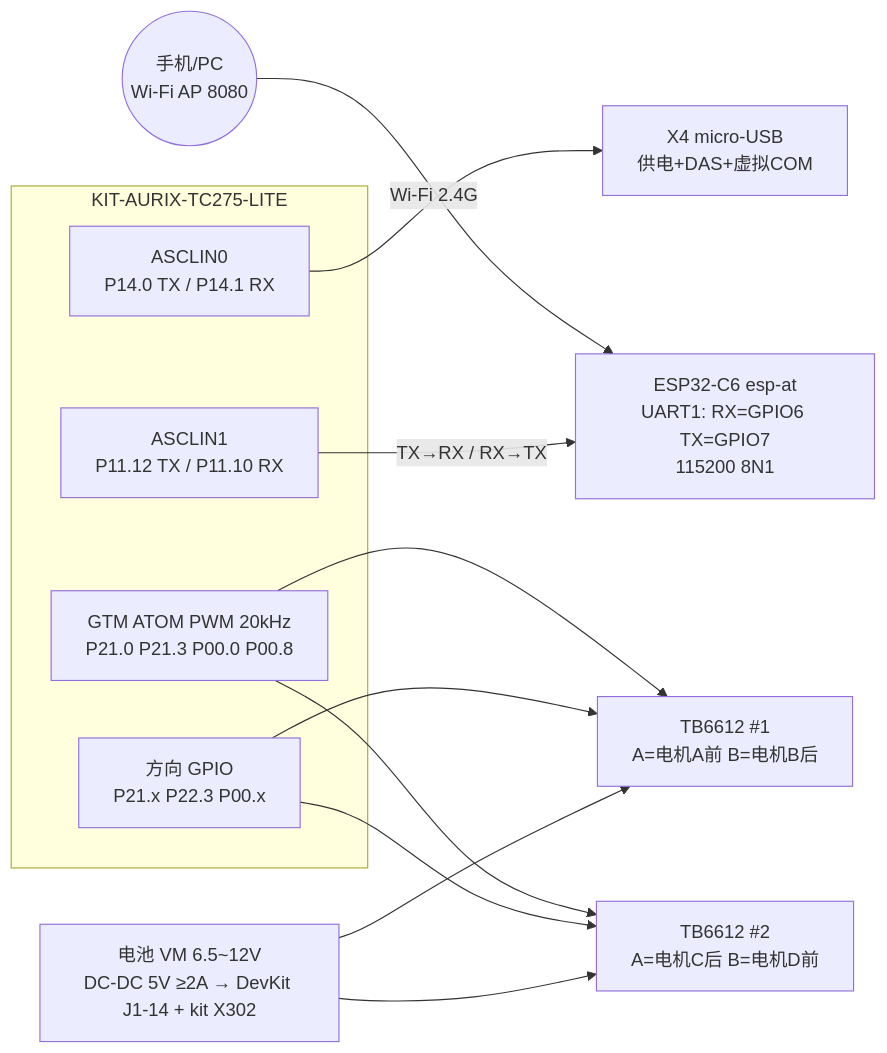
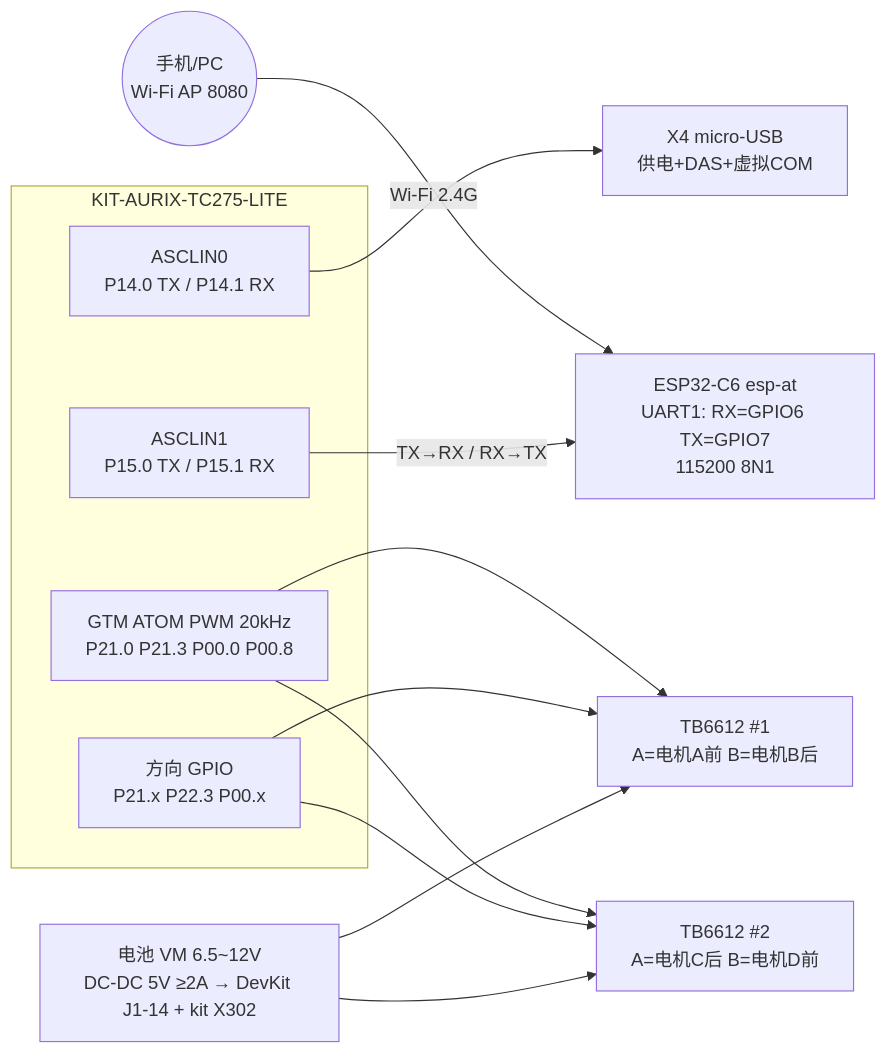
The diagram in doc/wiring.md (lilicqyu-ship-it/smartcar), drawn with Mermaid before and after one commit. The commit also changed other lines of this file and 4 other files, not shown here.

````diff
--- a/doc/wiring.md
+++ b/doc/wiring.md
@@ -49,24 +49,24 @@
 ```mermaid
 flowchart LR
     subgraph TC275 [KIT-AURIX-TC275-LITE]
         ASC0[ASCLIN0<br/>P14.0 TX / P14.1 RX]
-        ASC1[ASCLIN1<br/>P11.12 TX / P11.10 RX]
+        ASC1[ASCLIN1<br/>P15.0 TX / P15.1 RX]
         PWM[GTM ATOM PWM 20kHz<br/>P21.0 P21.3 P00.0 P00.8]
         DIR[方向 GPIO<br/>P21.x P22.3 P00.x]
     end
     ESP[ESP32-C6 esp-at<br/>UART1: RX=GPIO6 TX=GPIO7<br/>115200 8N1]
     PHONE((手机/PC<br/>Wi-Fi AP 8080))
     DRV1[TB6612 #1<br/>A=电机A前 B=电机B后]
     DRV2[TB6612 #2<br/>A=电机C后 B=电机D前]
     BAT[电池 VM 6.5~12V<br/>DC-DC 5V ≥2A → DevKit J1-14 + kit X302]
 
     PHONE -- Wi-Fi 2.4G --> ESP
     ASC1 -- TX→RX / RX→TX --> ESP
     ASC0 --> DBG[X4 micro-USB<br/>供电+DAS+虚拟COM]
     PWM --> DRV1
     PWM --> DRV2
     DIR --> DRV1
     DIR --> DRV2
     BAT --> DRV1
     BAT --> DRV2
 ```
````
